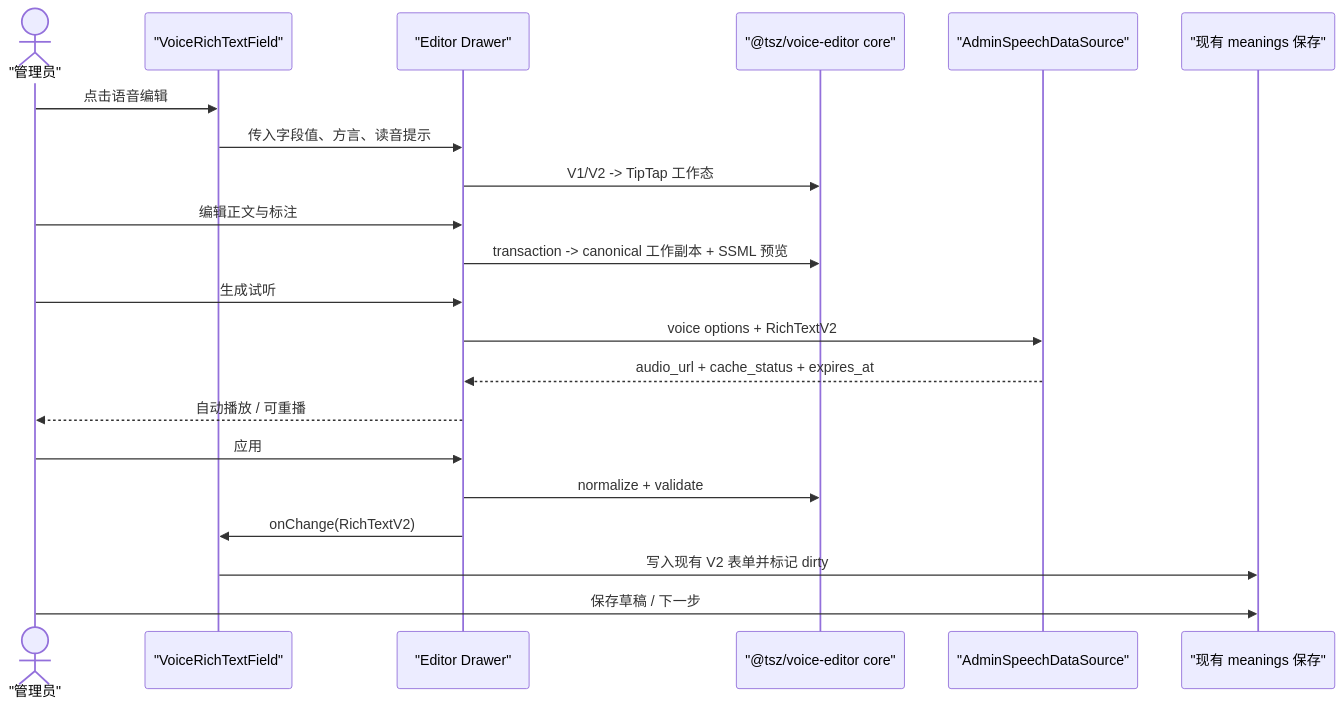
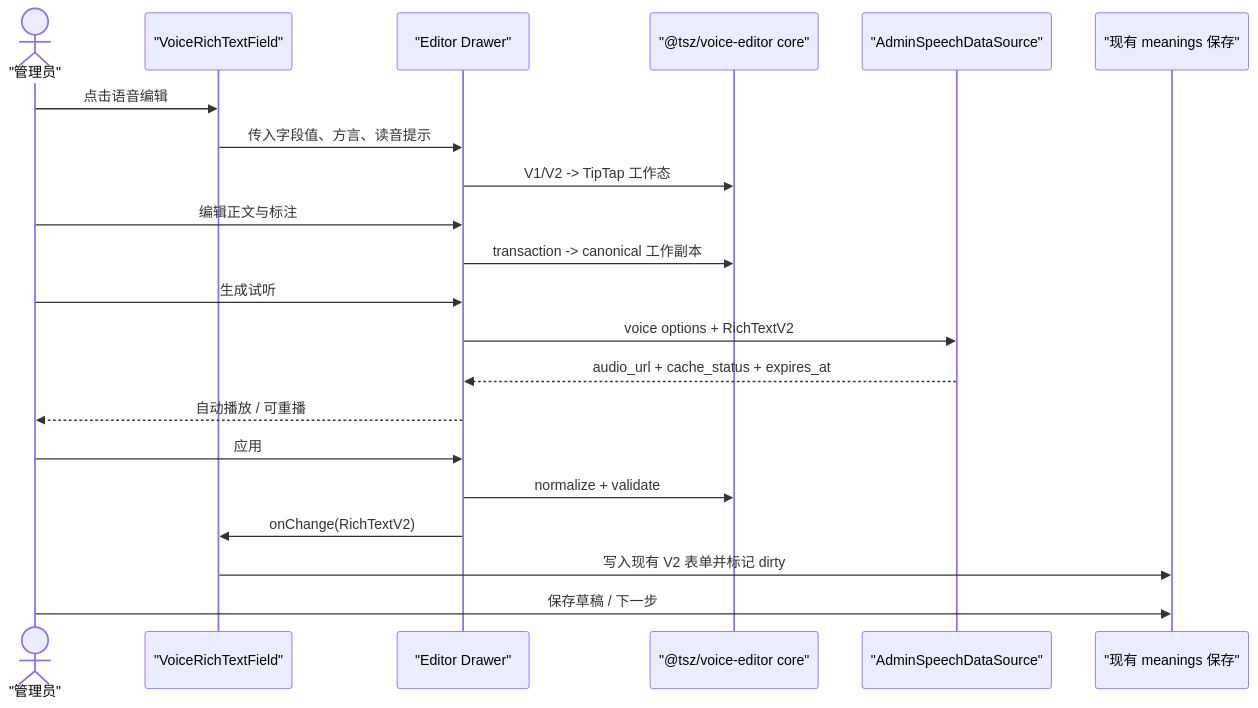
One commit to LonelyFellas/tsz changed the diagram in docs/features/voice-rich-text-editor/design.md. Above: the diagram before and after it, drawn with Mermaid. The commit also changed other lines of this file and 5 other files, not shown here.

````diff
--- a/docs/features/voice-rich-text-editor/design.md
+++ b/docs/features/voice-rich-text-editor/design.md
@@ -329,24 +329,24 @@
 ```mermaid
 sequenceDiagram
     actor A as "管理员"
     participant F as "VoiceRichTextField"
     participant D as "Editor Drawer"
     participant S as "@tsz/voice-editor core"
     participant T as "AdminSpeechDataSource"
     participant W as "现有 meanings 保存"
 
     A->>F: 点击语音编辑
     F->>D: 传入字段值、方言、读音提示
     D->>S: V1/V2 -> TipTap 工作态
     A->>D: 编辑正文与标注
-    D->>S: transaction -> canonical 工作副本 + SSML 预览
+    D->>S: transaction -> canonical 工作副本
     A->>D: 生成试听
     D->>T: voice options + RichTextV2
     T-->>D: audio_url + cache_status + expires_at
     D-->>A: 自动播放 / 可重播
     A->>D: 应用
     D->>S: normalize + validate
     D->>F: onChange(RichTextV2)
     F->>W: 写入现有 V2 表单并标记 dirty
     A->>W: 保存草稿 / 下一步
 ```
````
